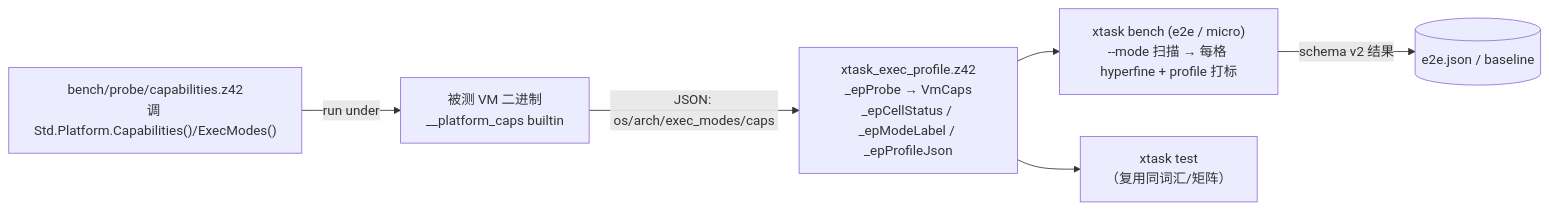
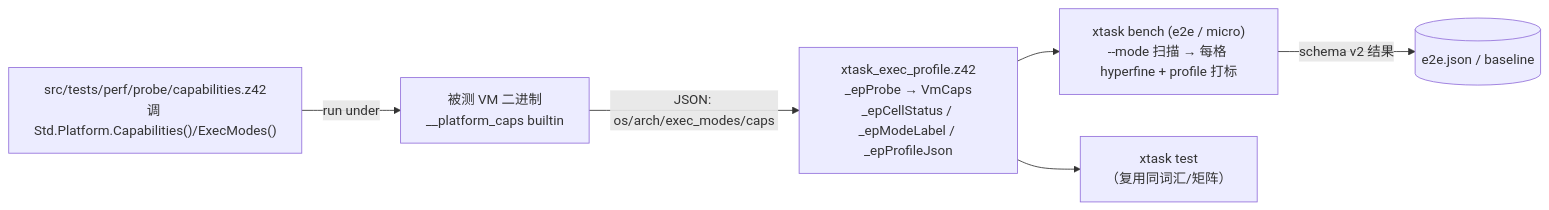
One commit to z42-lang/z42 changed the diagram in docs/design/testing/exec-profile-matrix.md. Above: the diagram before and after it, drawn with Mermaid. The commit also changed other lines of this file and 40 other files, not shown here.

Commit message:
refactor(bench): 删掉顶层 bench/ —— 资产并入 src/tests/perf/，结果落 artifacts/bench/ (#473)

````diff
--- a/docs/design/testing/exec-profile-matrix.md
+++ b/docs/design/testing/exec-profile-matrix.md
@@ -79,13 +79,13 @@
 ```mermaid
 flowchart LR
-  probe["bench/probe/capabilities.z42<br/>调 Std.Platform.Capabilities()/ExecModes()"]
+  probe["src/tests/perf/probe/capabilities.z42<br/>调 Std.Platform.Capabilities()/ExecModes()"]
   vm["被测 VM 二进制<br/>__platform_caps builtin"]
   mod["xtask_exec_profile.z42<br/>_epProbe → VmCaps<br/>_epCellStatus / _epModeLabel / _epProfileJson"]
   bench["xtask bench (e2e / micro)<br/>--mode 扫描 → 每格 hyperfine + profile 打标"]
   test["xtask test<br/>（复用同词汇/矩阵）"]
   probe -->|run under| vm
   vm -->|JSON: os/arch/exec_modes/caps| mod
   mod --> bench
   mod --> test
   bench -->|schema v2 结果| out[("e2e.json / baseline")]
 ```
````
